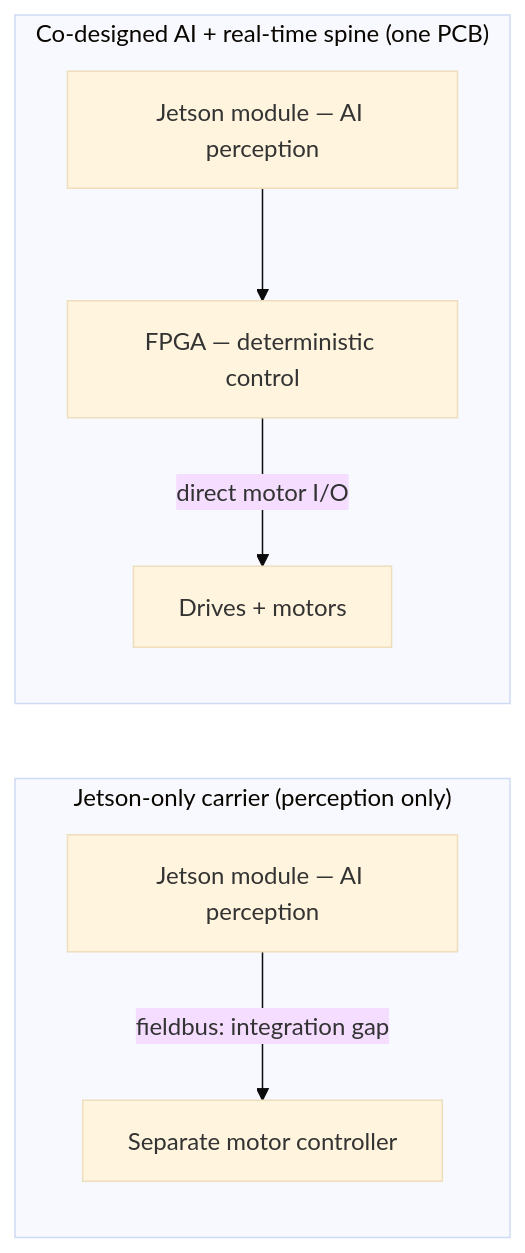
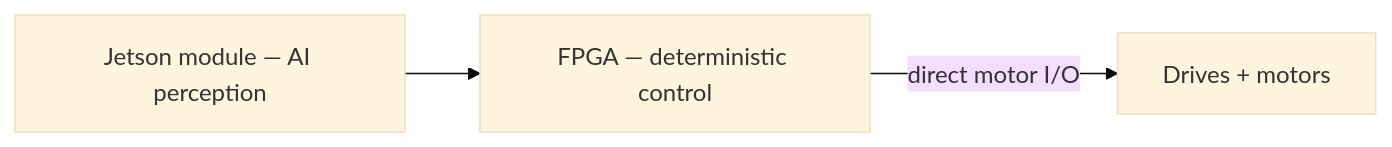
One commit to TacTun/brain4machinery-website changed the second of 3 diagrams in src/content/guides/top-10-hardware-brains-for-service-robotics.mdx. Above: the diagram before and after it, drawn with Mermaid (base theme). The commit also changed other lines of this file and 2 other files, not shown here.

````diff
--- a/src/content/guides/top-10-hardware-brains-for-service-robotics.mdx
+++ b/src/content/guides/top-10-hardware-brains-for-service-robotics.mdx
@@ -47,10 +54,5 @@
 ```mermaid
 flowchart LR
-    subgraph S1["Jetson-only carrier (perception only)"]
-        A1["Jetson module — AI perception"] -->|"fieldbus: integration gap"| A2["Separate motor controller"]
-    end
-    subgraph S2["Co-designed AI + real-time spine (one PCB)"]
-        B1["Jetson module — AI perception"] --> B2["FPGA — deterministic control"]
-        B2 -->|"direct motor I/O"| B3["Drives + motors"]
-    end
+    B1["Jetson module — AI perception"] --> B2["FPGA — deterministic control"]
+    B2 -->|"direct motor I/O"| B3["Drives + motors"]
 ```
````
